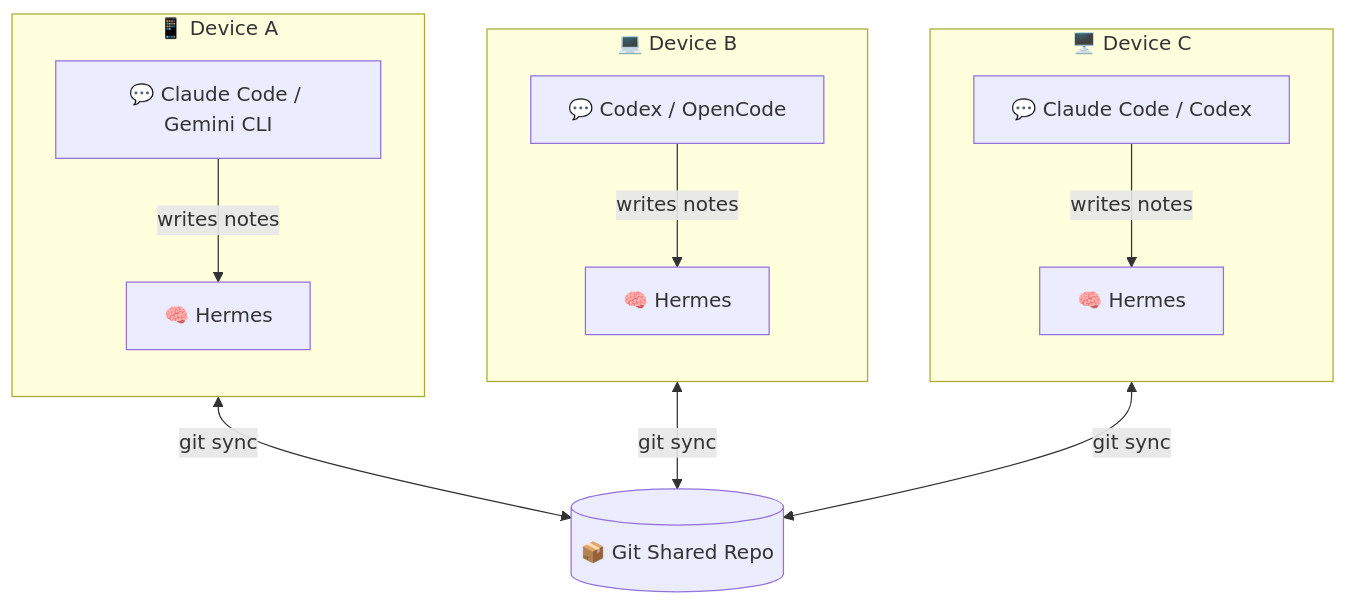
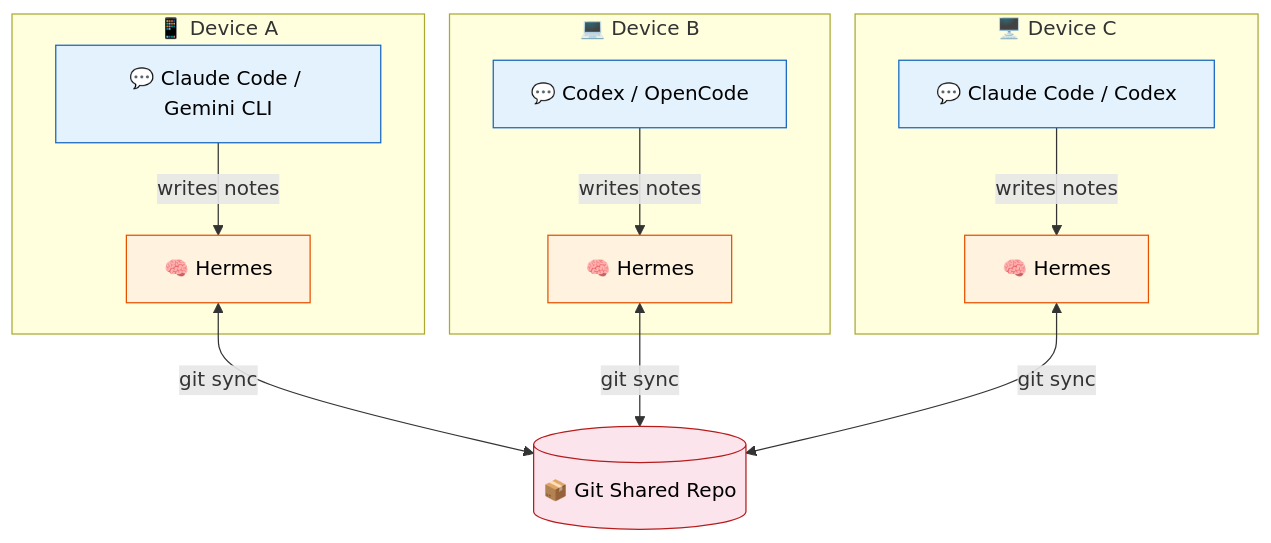
Before and after one commit to atsyty/CortexNexus: the first of 3 diagrams in README.md, drawn with Mermaid.

Commit message:
docs: clean star topology — Git hub, tools→Hermes per device, color-coded
Star topology with Git as visible central hub. Each device shows
CLI tools writing notes to local Hermes. Hermes connects to Git
directly (not the whole subgraph). Color-coded for readability.

````diff
--- a/README.md
+++ b/README.md
@@ -48,29 +48,33 @@
 ```mermaid
 graph TD
     G[("📦 Git Shared Repo")]
 
     subgraph A["📱 Device A"]
-        direction TB
         TA["💬 Claude Code / Gemini CLI"]
         HA["🧠 Hermes"]
-        TA -->|"writes notes"| HA
+        TA -->|writes notes| HA
     end
 
     subgraph B["💻 Device B"]
-        direction TB
-        TB2["💬 Codex / OpenCode"]
+        TB["💬 Codex / OpenCode"]
         HB["🧠 Hermes"]
-        TB2 -->|"writes notes"| HB
+        TB -->|writes notes| HB
     end
 
     subgraph C["🖥️ Device C"]
-        direction TB
         TC["💬 Claude Code / Codex"]
         HC["🧠 Hermes"]
-        TC -->|"writes notes"| HC
+        TC -->|writes notes| HC
     end
 
-    A <-->|"git sync"| G
-    B <-->|"git sync"| G
-    C <-->|"git sync"| G
+    HA <-->|git sync| G
+    HB <-->|git sync| G
+    HC <-->|git sync| G
+
+    classDef tools fill:#e3f2fd,stroke:#1565c0,color:#000
+    classDef engine fill:#fff3e0,stroke:#e65100,color:#000
+    classDef git fill:#fce4ec,stroke:#b71c1c,color:#000
+    class TA,TB,TC tools
+    class HA,HB,HC engine
+    class G git
 ```
````
